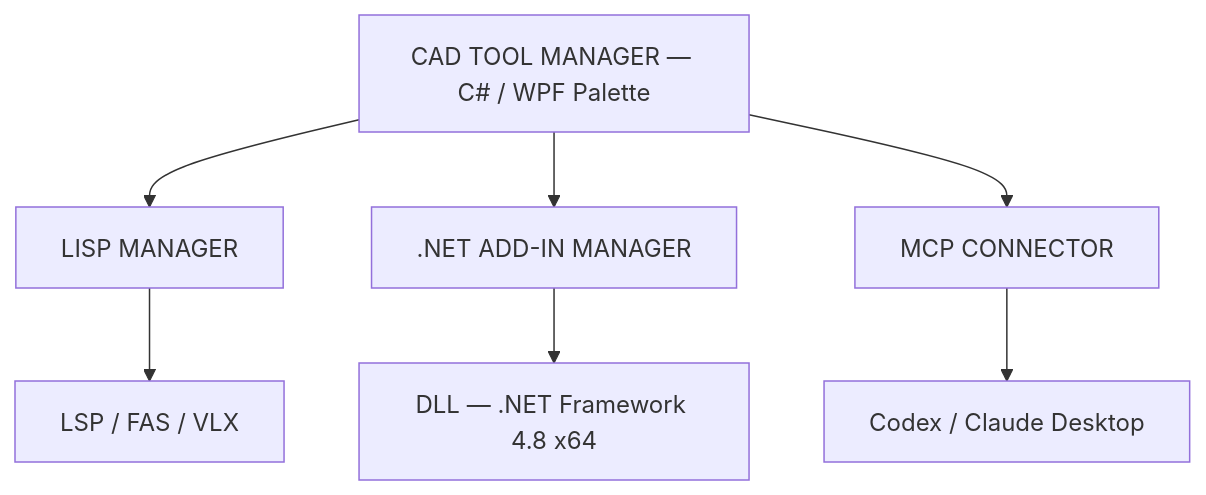
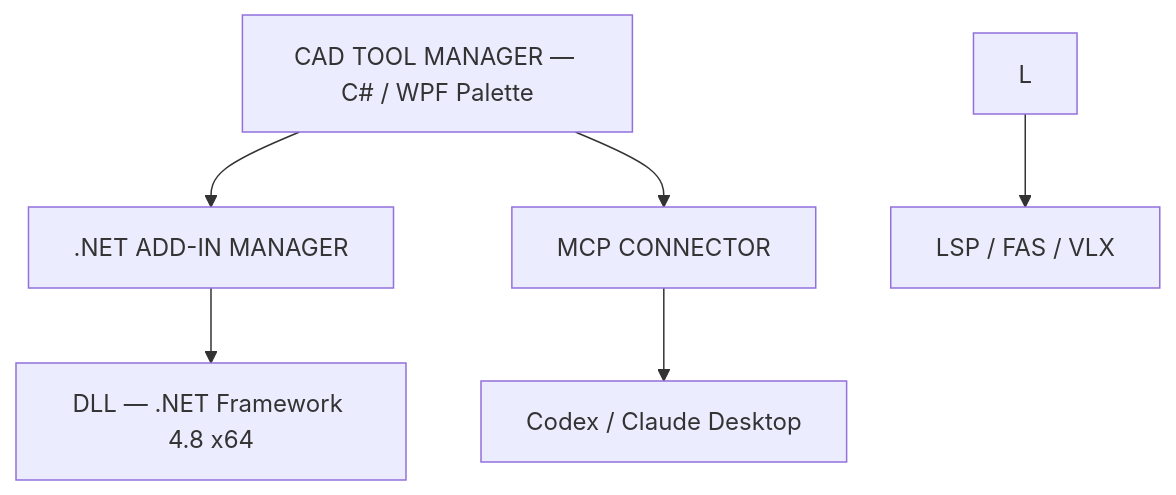
Before and after one commit to Rainmaker51/AI-CAD-MCP: the diagram in docs/CAD-TOOL-MANAGER.md, drawn with Mermaid. The commit also changed other lines of this file and 22 other files, not shown here.

````diff
--- a/docs/CAD-TOOL-MANAGER.md
+++ b/docs/CAD-TOOL-MANAGER.md
@@ -5,10 +5,9 @@
 ```mermaid
 flowchart TD
     A[CAD TOOL MANAGER — C# / WPF Palette]
-    A --> L[LISP MANAGER]
     A --> N[.NET ADD-IN MANAGER]
     A --> M[MCP CONNECTOR]
     L --> F[LSP / FAS / VLX]
     N --> D[DLL — .NET Framework 4.8 x64]
     M --> C[Codex / Claude Desktop]
 ```
````
